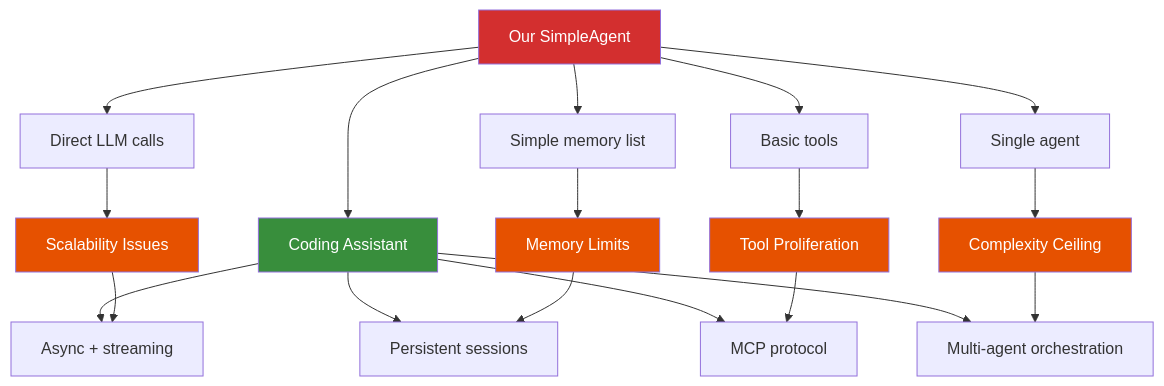
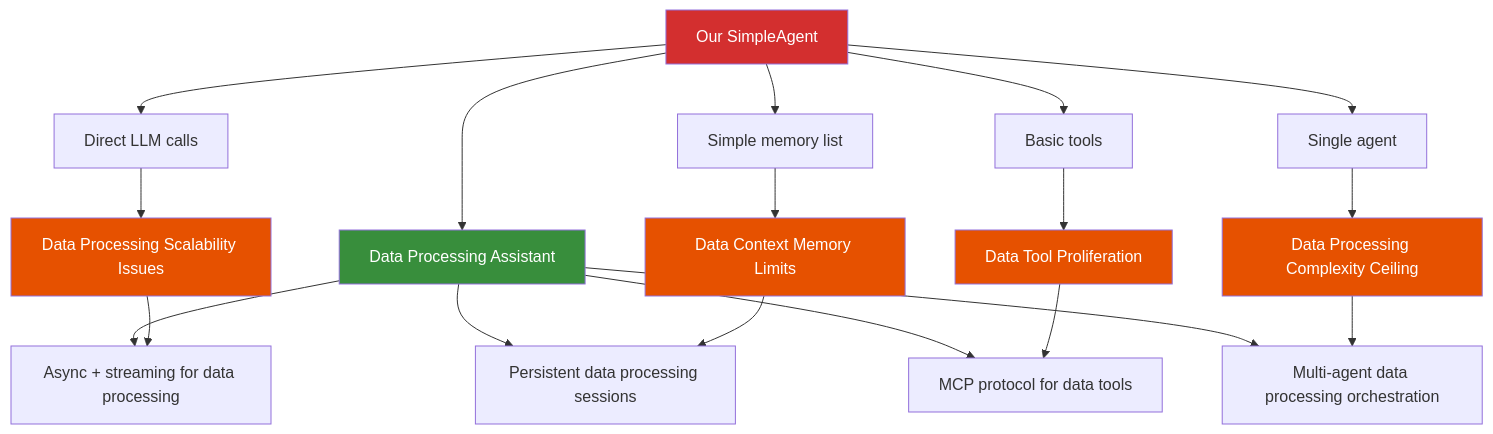
One commit to fwornle/agentic-ai-nano changed diagram 14 of 15 in docs-content/01_frameworks/Session1_ModuleD_Coding_Assistant_Case_Study.md. Above: the diagram before and after it, drawn with Mermaid. The commit also changed other lines of this file and 18 other files, not shown here.

````diff
--- a/docs-content/01_frameworks/Session1_ModuleD_Coding_Assistant_Case_Study.md
+++ b/docs-content/01_frameworks/Session1_ModuleD_Coding_Assistant_Case_Study.md
@@ -874,31 +903,31 @@
 ```mermaid
 graph TD
-    SIMPLE[Our SimpleAgent] --> PROD[Coding Assistant]
+    SIMPLE[Our SimpleAgent] --> PROD[Data Processing Assistant]
     
     SIMPLE --> S1[Direct LLM calls]
     SIMPLE --> S2[Simple memory list]
     SIMPLE --> S3[Basic tools]
     SIMPLE --> S4[Single agent]
     
-    PROD --> P1[Async + streaming]
-    PROD --> P2[Persistent sessions]  
-    PROD --> P3[MCP protocol]
-    PROD --> P4[Multi-agent orchestration]
+    PROD --> P1[Async + streaming for data processing]
+    PROD --> P2[Persistent data processing sessions]  
+    PROD --> P3[MCP protocol for data tools]
+    PROD --> P4[Multi-agent data processing orchestration]
     
-    S1 --> SCALE1[Scalability Issues]
-    S2 --> SCALE2[Memory Limits]
-    S3 --> SCALE3[Tool Proliferation]
-    S4 --> SCALE4[Complexity Ceiling]
+    S1 --> SCALE1[Data Processing Scalability Issues]
+    S2 --> SCALE2[Data Context Memory Limits]
+    S3 --> SCALE3[Data Tool Proliferation]
+    S4 --> SCALE4[Data Processing Complexity Ceiling]
     
     SCALE1 --> P1
     SCALE2 --> P2
     SCALE3 --> P3
     SCALE4 --> P4
     
     style SIMPLE fill:#D32F2F,color:#ffffff
     style PROD fill:#388E3C,color:#ffffff
     style SCALE1 fill:#E65100,color:#ffffff
     style SCALE2 fill:#E65100,color:#ffffff
     style SCALE3 fill:#E65100,color:#ffffff
     style SCALE4 fill:#E65100,color:#ffffff
 ```
````
